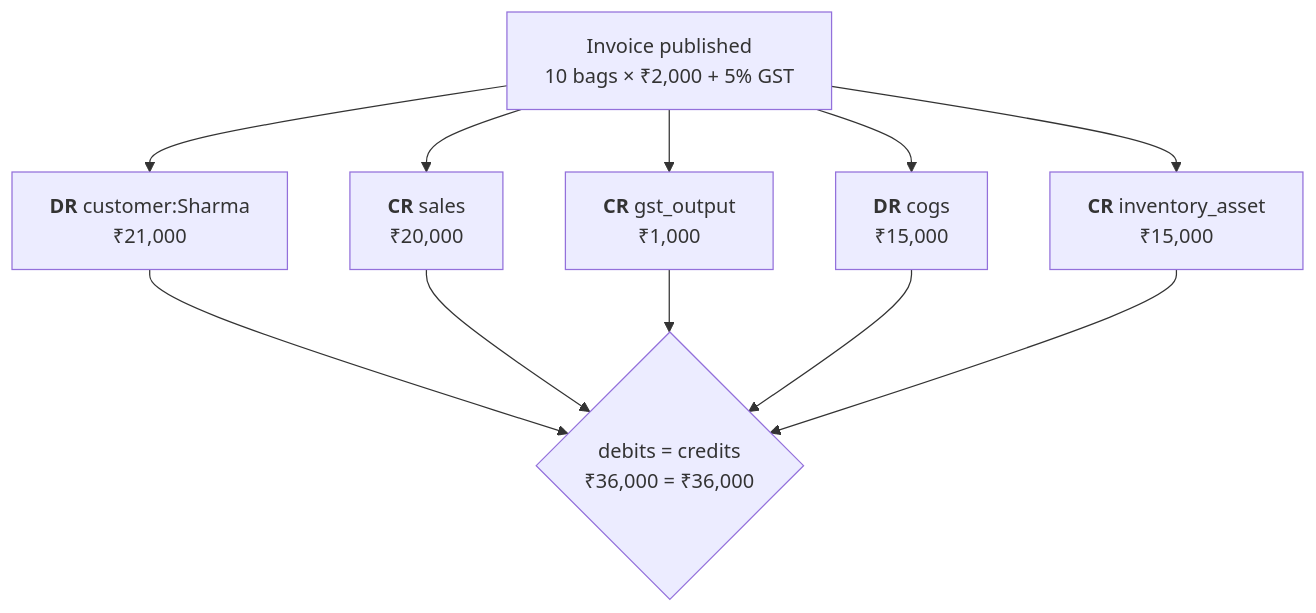
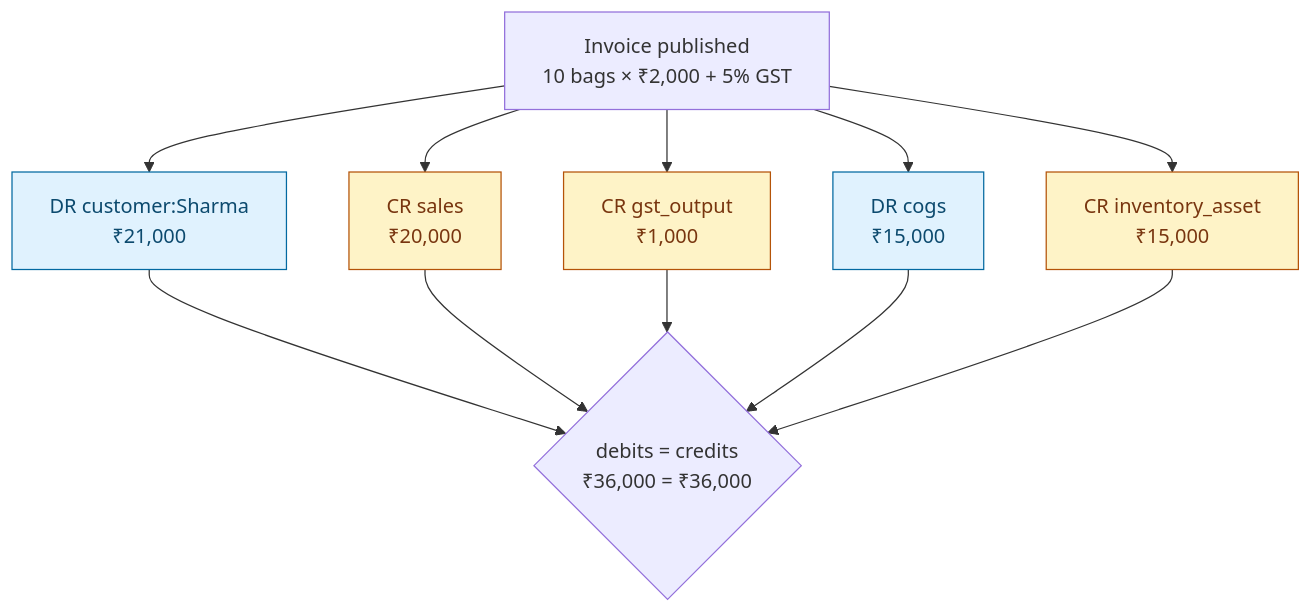
One commit to kritish08/ez-account changed the second of 3 diagrams in README.md. Above: the diagram before and after it, drawn with Mermaid.

Commit message:
docs: colour the ledger diagram with classDef instead of <b> tags
Only <br/> is proven to render inside mermaid labels in the repos this
style is borrowed from; <b> was a guess. classDef is core mermaid syntax
and does the job better — debits and credits are now colour-separated
rather than bold-prefixed.

````diff
--- a/README.md
+++ b/README.md
@@ -93,16 +93,21 @@
 ```mermaid
 flowchart TD
     INV["Invoice published<br/>10 bags × ₹2,000 + 5% GST"]
 
-    INV --> D1["<b>DR</b> customer:Sharma<br/>₹21,000"]
-    INV --> C1["<b>CR</b> sales<br/>₹20,000"]
-    INV --> C2["<b>CR</b> gst_output<br/>₹1,000"]
-    INV --> D2["<b>DR</b> cogs<br/>₹15,000"]
-    INV --> C3["<b>CR</b> inventory_asset<br/>₹15,000"]
+    INV --> D1["DR customer:Sharma<br/>₹21,000"]
+    INV --> C1["CR sales<br/>₹20,000"]
+    INV --> C2["CR gst_output<br/>₹1,000"]
+    INV --> D2["DR cogs<br/>₹15,000"]
+    INV --> C3["CR inventory_asset<br/>₹15,000"]
 
     D1 --> BAL{"debits = credits<br/>₹36,000 = ₹36,000"}
     C1 --> BAL
     C2 --> BAL
     D2 --> BAL
     C3 --> BAL
+
+    classDef debit fill:#e0f2fe,stroke:#0369a1,color:#0c4a6e
+    classDef credit fill:#fef3c7,stroke:#b45309,color:#78350f
+    class D1,D2 debit
+    class C1,C2,C3 credit
 ```
````
